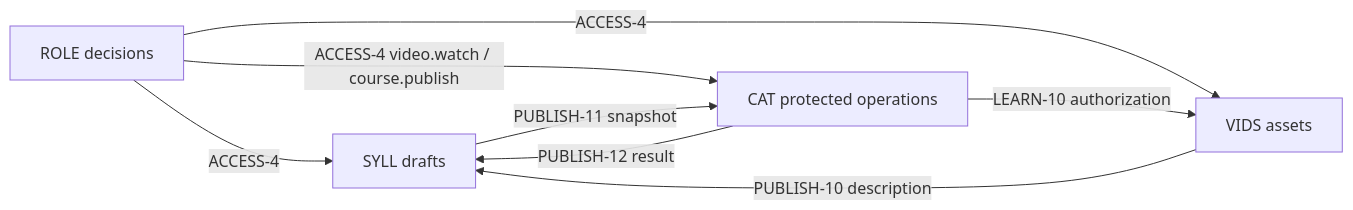
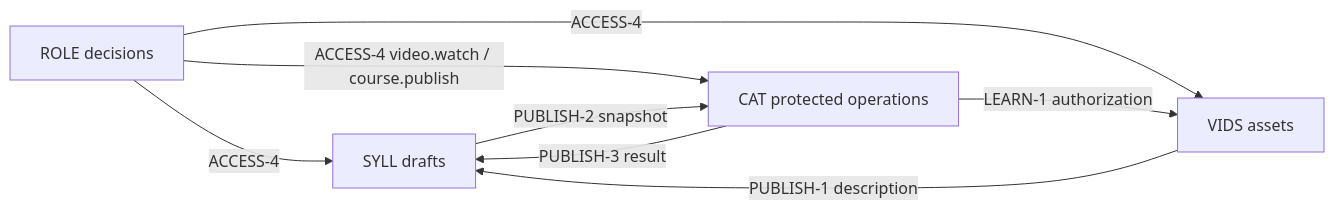
Before and after one commit to sublang-ai/spex: the diagram in demo/specs/map.md, drawn with Mermaid. The commit also changed other lines of this file and 32 other files, not shown here.

````diff
--- a/demo/specs/map.md
+++ b/demo/specs/map.md
@@ -76,10 +80,10 @@
 ```mermaid
 flowchart LR
     ROLE["ROLE decisions"] -- "ACCESS-4" --> SYLL["SYLL drafts"]
     ROLE -- "ACCESS-4 video.watch / course.publish" --> CAT["CAT protected operations"]
     ROLE -- "ACCESS-4" --> VIDS["VIDS assets"]
-    VIDS -- "PUBLISH-10 description" --> SYLL
-    SYLL -- "PUBLISH-11 snapshot" --> CAT
-    CAT -- "PUBLISH-12 result" --> SYLL
-    CAT -- "LEARN-10 authorization" --> VIDS
+    VIDS -- "PUBLISH-1 description" --> SYLL
+    SYLL -- "PUBLISH-2 snapshot" --> CAT
+    CAT -- "PUBLISH-3 result" --> SYLL
+    CAT -- "LEARN-1 authorization" --> VIDS
 ```
````
